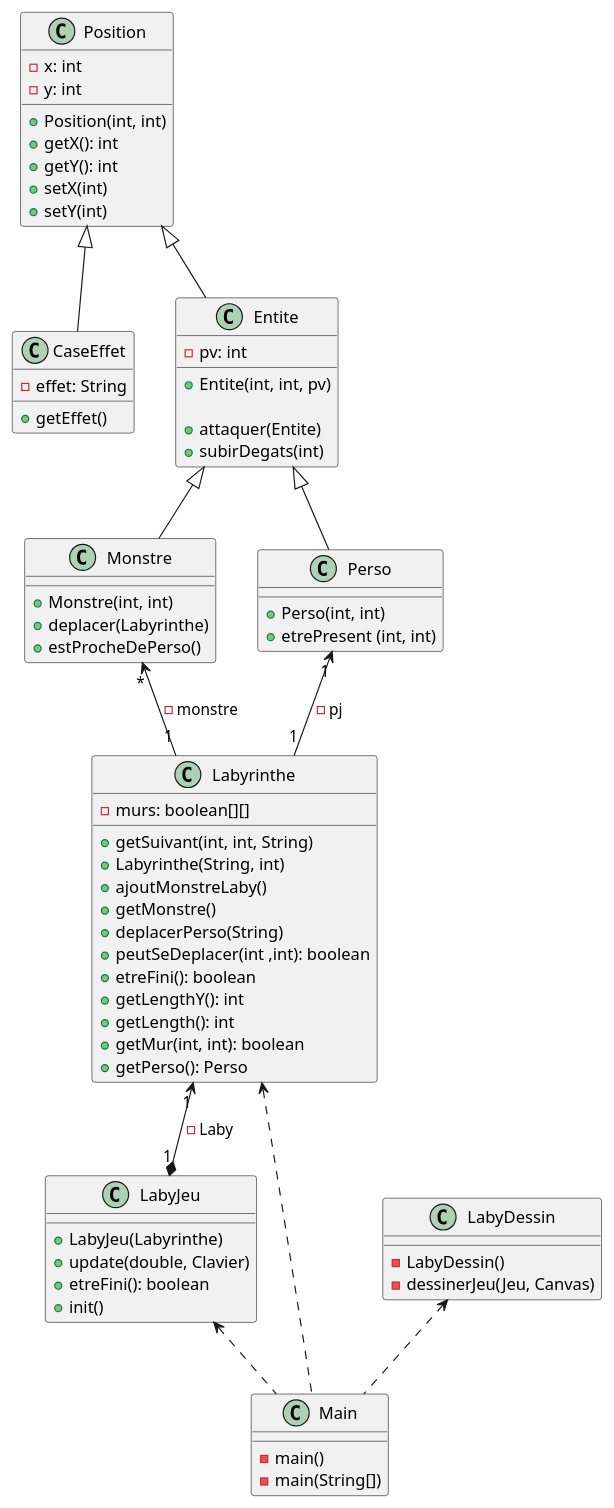
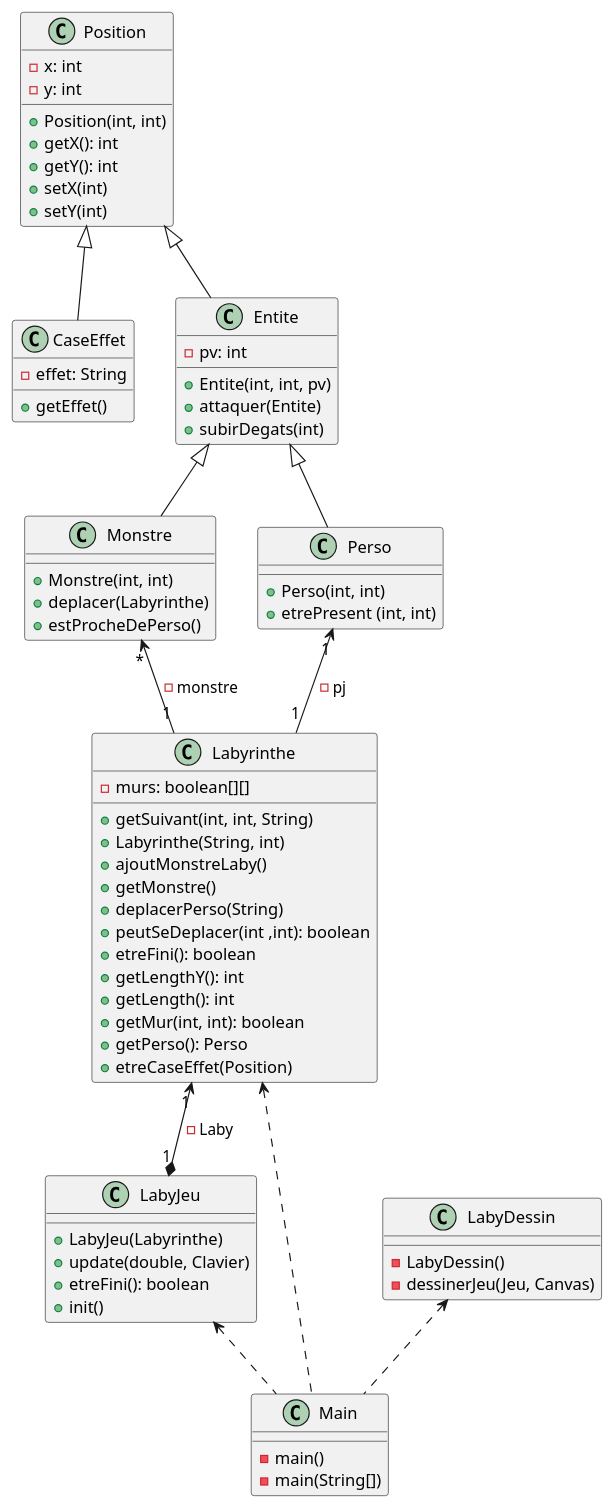
One commit to Erwanquilliou/2024_Zeldiablo_quilliou2u_leveque58u changed the diagram in zeldiablo/documents/version_3/diagclass_v3_global.puml. Above: the diagram before and after it, drawn with PlantUML. The commit also changed 6 other files, not shown here.

```diff
--- a/zeldiablo/documents/version_3/diagclass_v3_global.puml
+++ b/zeldiablo/documents/version_3/diagclass_v3_global.puml
@@ -1,86 +1,86 @@
 @startuml
 class Position {
 - x: int
 - y: int
 + Position(int, int)
 + getX(): int
 + getY(): int
 + setX(int)
 + setY(int)
 }
 
 class CaseEffet {
 - effet: String
 + getEffet()
 }
 
 Position <|-- CaseEffet
 
 Position <|-- Entite
 
 class Entite {
 - pv: int
 + Entite(int, int, pv)
-
 + attaquer(Entite)
 + subirDegats(int)
 }
 
 Entite <|-- Monstre
 
 class Monstre{
 + Monstre(int, int)
 + deplacer(Labyrinthe)
 + estProcheDePerso()
 }
 
 Entite <|-- Perso
 
 class Perso{
 + Perso(int, int)
 + etrePresent (int, int)
 }
 
 Monstre "*" <-- "1" Labyrinthe : -monstre
 Perso "1" <-- "1" Labyrinthe : - pj
 
 class Labyrinthe {
 - murs: boolean[][]
 + getSuivant(int, int, String)
 + Labyrinthe(String, int)
 + ajoutMonstreLaby()
 + getMonstre()
 + deplacerPerso(String)
 + peutSeDeplacer(int ,int): boolean
 + etreFini(): boolean
 + getLengthY(): int
 + getLength(): int
 + getMur(int, int): boolean
 + getPerso(): Perso
++ etreCaseEffet(Position)
 }
 
 Labyrinthe "1" <--* "1" LabyJeu : - Laby
 
 class LabyJeu{
 + LabyJeu(Labyrinthe)
 + update(double, Clavier)
 + etreFini(): boolean
 + init()
 }
 
 LabyJeu <.. Main
 
 class Main{
 - main()
 - main(String[])
 }
 
 Labyrinthe <.. Main
 LabyDessin <.. Main
 
 class LabyDessin{
 - LabyDessin()
 - dessinerJeu(Jeu, Canvas)
 }
 
 @enduml
```
